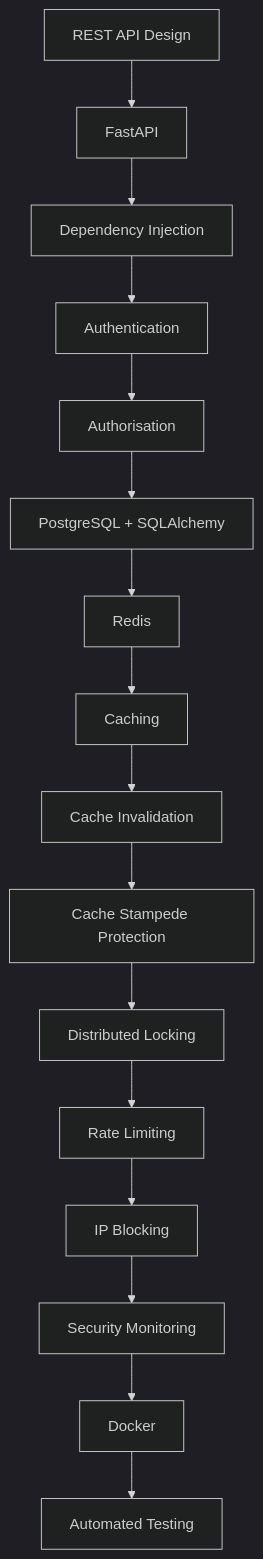
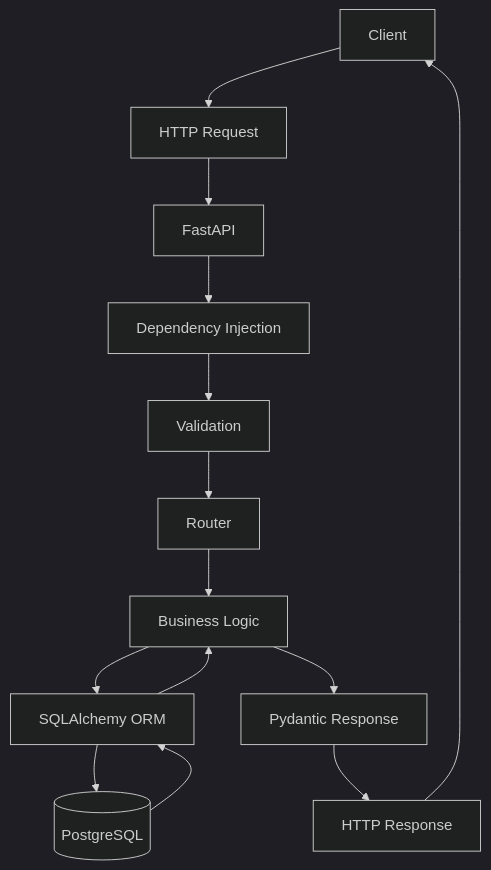
The ninth of 9 diagrams in README.md (SathvikHegade/food_delivary_backend), drawn with Mermaid (dark theme) before and after one commit. The commit also changed other lines of this file and 7 other files, not shown here.

````diff
--- a/README.md
+++ b/README.md
@@ -599,19 +527,16 @@
 ```mermaid
 flowchart TD
-    A["REST API Design"]
-    --> B["FastAPI"]
-    --> C["Dependency Injection"]
-    --> D["Authentication"]
-    --> E["Authorisation"]
-    --> F["PostgreSQL + SQLAlchemy"]
-    --> G["Redis"]
-    --> H["Caching"]
-    --> I["Cache Invalidation"]
-    --> J["Cache Stampede Protection"]
-    --> K["Distributed Locking"]
-    --> L["Rate Limiting"]
-    --> M["IP Blocking"]
-    --> N["Security Monitoring"]
-    --> O["Docker"]
-    --> P["Automated Testing"]
+    A["Client"] --> B["HTTP Request"]
+    B --> C["FastAPI"]
+    C --> D["Dependency Injection"]
+    D --> E["Validation"]
+    E --> F["Router"]
+    F --> G["Business Logic"]
+    G --> H["SQLAlchemy ORM"]
+    H --> I[("PostgreSQL")]
+    I --> H
+    H --> G
+    G --> J["Pydantic Response"]
+    J --> K["HTTP Response"]
+    K --> A
 ```
````
